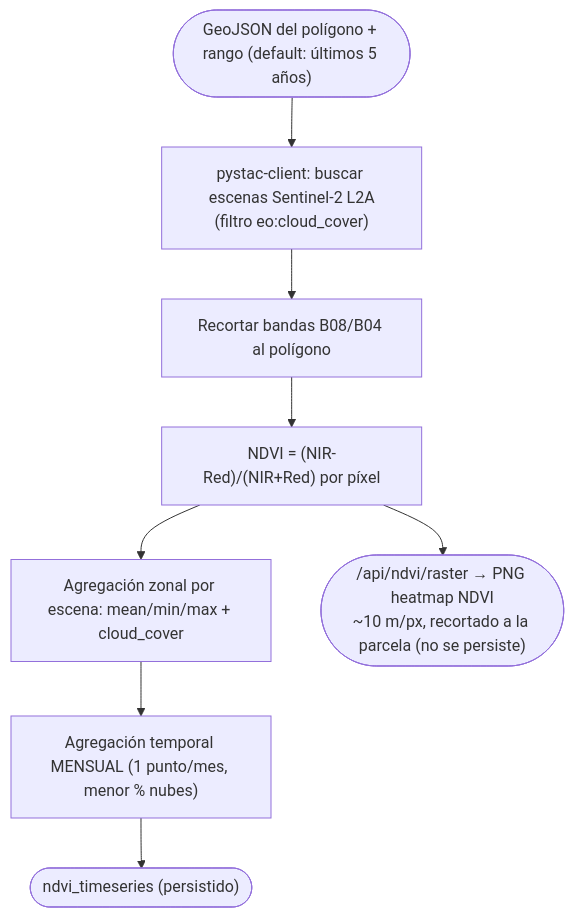
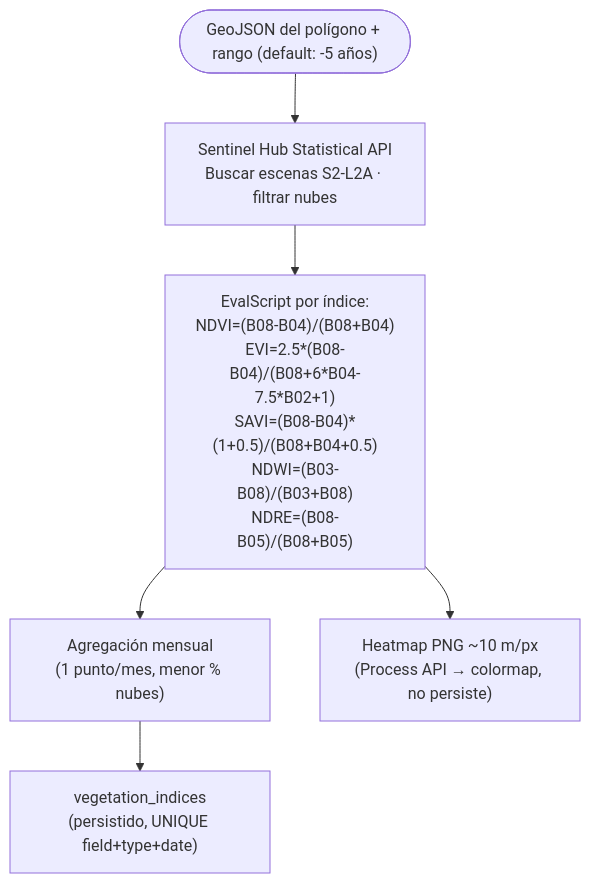
One commit to AlexPrietoRomani/AgroVision changed the third of 12 diagrams in docs/architect/architecture_agrovision.md. Above: the diagram before and after it, drawn with Mermaid. The commit also changed other lines of this file, not shown here.

First line of the commit message:
docs(architecture): actualiza doc con eventos, reprocess y migración NDVI

````diff
--- a/docs/architect/architecture_agrovision.md
+++ b/docs/architect/architecture_agrovision.md
@@ -127,13 +160,12 @@
 ```mermaid
 flowchart TB
-    G(["GeoJSON del polígono + rango (default: últimos 5 años)"])
-    S1["pystac-client: buscar escenas Sentinel-2 L2A<br/>(filtro eo:cloud_cover)"]
-    S2["Recortar bandas B08/B04 al polígono"]
-    S3["NDVI = (NIR-Red)/(NIR+Red) por píxel"]
-    S4["Agregación zonal por escena: mean/min/max + cloud_cover"]
-    S5["Agregación temporal MENSUAL (1 punto/mes, menor % nubes)"]
-    O(["ndvi_timeseries (persistido)"])
-    R(["/api/ndvi/raster → PNG heatmap NDVI<br/>~10 m/px, recortado a la parcela (no se persiste)"])
-    G --> S1 --> S2 --> S3 --> S4 --> S5 --> O
-    S3 --> R
+    G(["GeoJSON del polígono + rango (default: -5 años)"])
+    S1["Sentinel Hub Statistical API<br/>Buscar escenas S2-L2A · filtrar nubes"]
+    S2["EvalScript por índice:<br/>NDVI=(B08-B04)/(B08+B04)<br/>EVI=2.5*(B08-B04)/(B08+6*B04-7.5*B02+1)<br/>SAVI=(B08-B04)*(1+0.5)/(B08+B04+0.5)<br/>NDWI=(B03-B08)/(B03+B08)<br/>NDRE=(B08-B05)/(B08+B05)"]
+    S3["Agregación mensual<br/>(1 punto/mes, menor % nubes)"]
+    P["vegetation_indices<br/>(persistido, UNIQUE field+type+date)"]
+    R["Heatmap PNG ~10 m/px<br/>(Process API → colormap, no persiste)"]
+
+    G --> S1 --> S2 --> S3 --> P
+    S2 --> R
 ```
````
